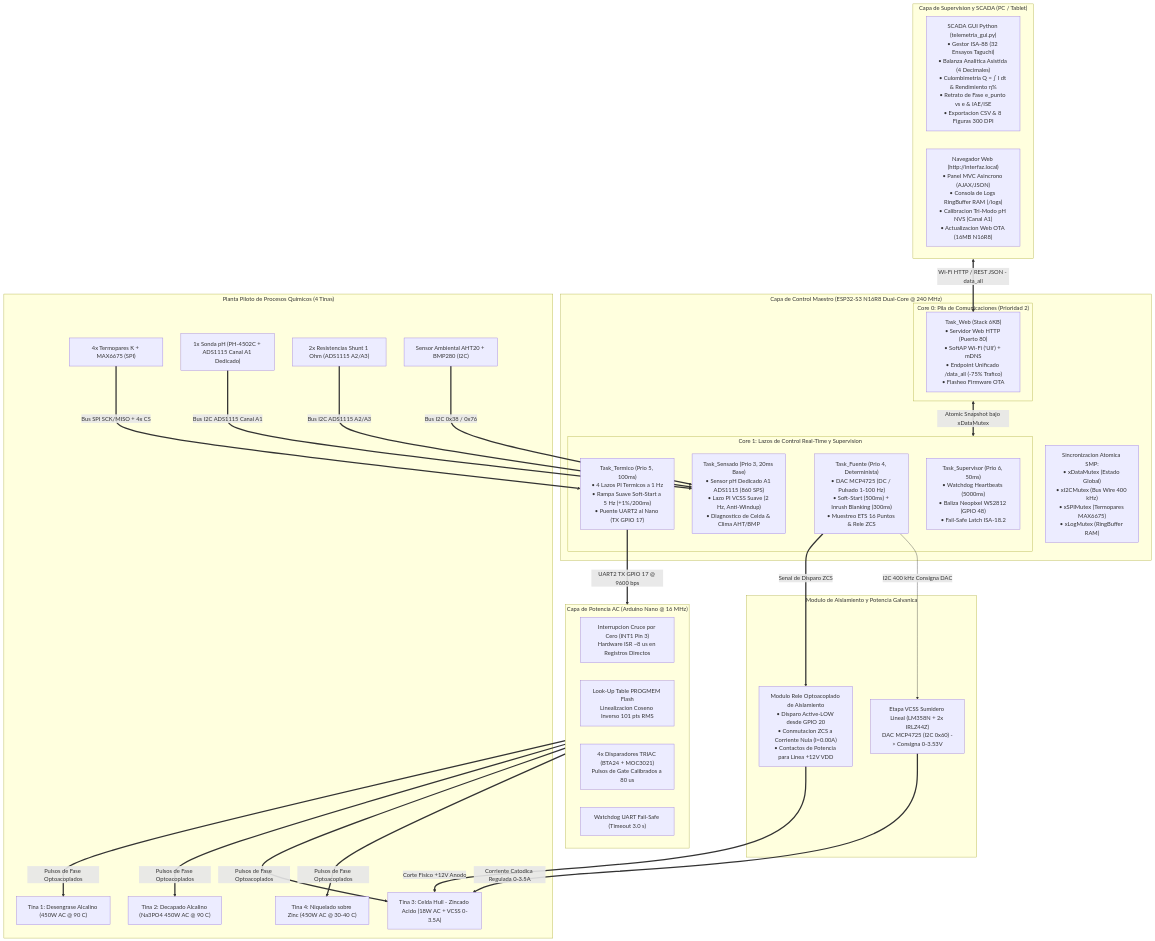
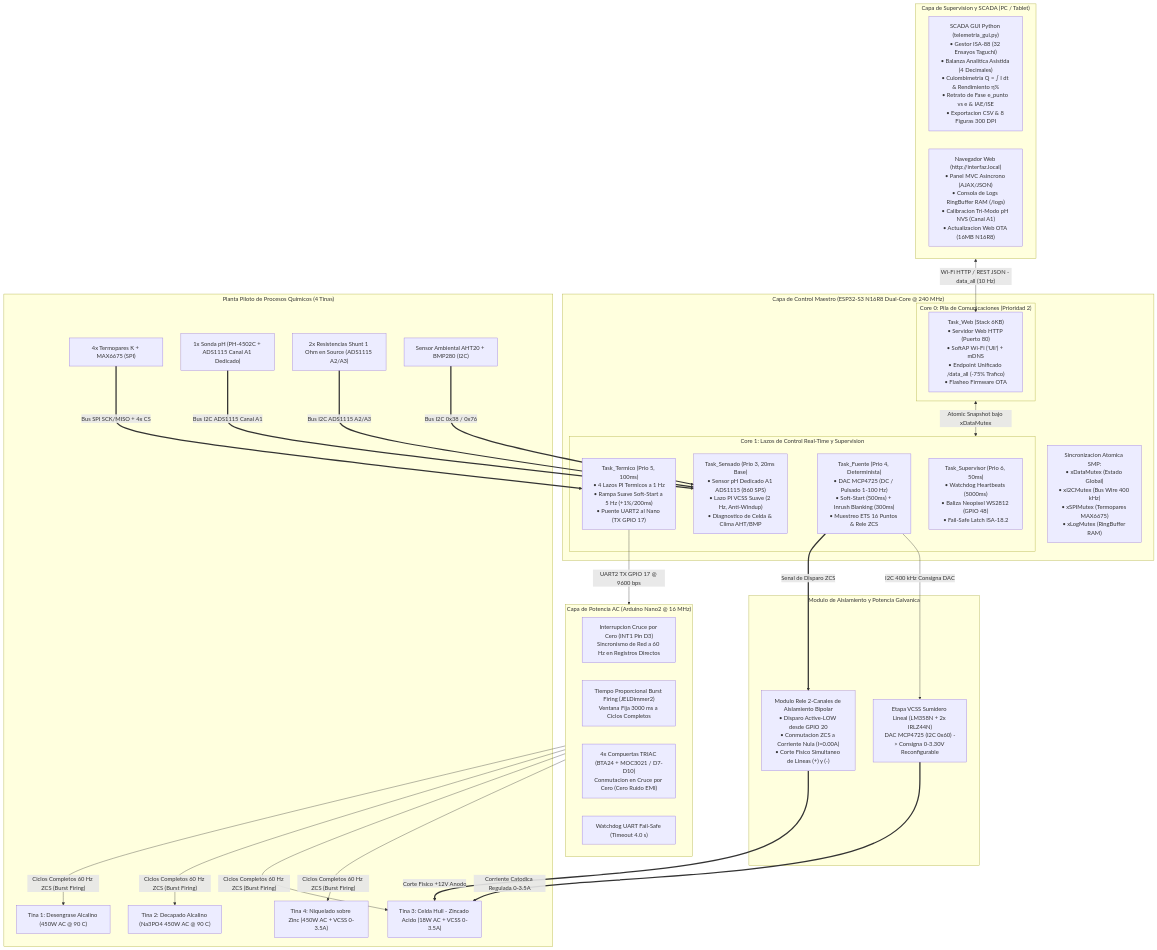
Before and after one commit to Chavacastro98/Proyecto: the diagram in visualizacion/diagramas/rtos/fuentes/01_arquitectura_general.mmd, drawn with Mermaid. The commit also changed 20 other files, not shown here.

Commit message:
feat(docs): integrar diagrama distribuido en cascada, capturas de UI en README y actualizar diagramas tecnicos RTOS 2.0

```diff
--- a/visualizacion/diagramas/rtos/fuentes/01_arquitectura_general.mmd
+++ b/visualizacion/diagramas/rtos/fuentes/01_arquitectura_general.mmd
@@ -1,56 +1,56 @@
 graph TB
     subgraph SCADA_PC["Capa de Supervision y SCADA (PC / Tablet)"]
         GUI["SCADA GUI Python (telemetria_gui.py)<br>• Gestor ISA-88 (32 Ensayos Taguchi)<br>• Balanza Analitica Asistida (4 Decimales)<br>• Culombimetria Q = ∫ I dt & Rendimiento η%<br>• Retrato de Fase e_punto vs e & IAE/ISE<br>• Exportacion CSV & 8 Figuras 300 DPI"]
         WEB["Navegador Web (http://interfaz.local)<br>• Panel MVC Asincrono (AJAX/JSON)<br>• Consola de Logs RingBuffer RAM (/logs)<br>• Calibracion Tri-Modo pH NVS (Canal A1)<br>• Actualizacion Web OTA (16MB N16R8)"]
     end
 
     subgraph ESP32_MASTER["Capa de Control Maestro (ESP32-S3 N16R8 Dual-Core @ 240 MHz)"]
         subgraph CORE0["Core 0: Pila de Comunicaciones (Prioridad 2)"]
             TASK_WEB["Task_Web (Stack 6KB)<br>• Servidor Web HTTP (Puerto 80)<br>• SoftAP Wi-Fi ('Uli') + mDNS<br>• Endpoint Unificado /data_all (-75% Trafico)<br>• Flasheo Firmware OTA"]
         end
         subgraph CORE1["Core 1: Lazos de Control Real-Time y Supervision"]
             TASK_SUP["Task_Supervisor (Prio 6, 50ms)<br>• Watchdog Heartbeats (5000ms)<br>• Baliza Neopixel WS2812 (GPIO 48)<br>• Fail-Safe Latch ISA-18.2"]
             TASK_TERM["Task_Termico (Prio 5, 100ms)<br>• 4 Lazos PI Termicos a 1 Hz<br>• Rampa Suave Soft-Start a 5 Hz (+1%/200ms)<br>• Puente UART2 al Nano (TX GPIO 17)"]
             TASK_FUE["Task_Fuente (Prio 4, Determinista)<br>• DAC MCP4725 (DC / Pulsado 1-100 Hz)<br>• Soft-Start (500ms) + Inrush Blanking (300ms)<br>• Muestreo ETS 16 Puntos & Rele ZCS"]
             TASK_SENS["Task_Sensado (Prio 3, 20ms Base)<br>• Sensor pH Dedicado A1 ADS1115 (860 SPS)<br>• Lazo PI VCSS Suave (2 Hz, Anti-Windup)<br>• Diagnostico de Celda & Clima AHT/BMP"]
         end
         MUTEXES["Sincronizacion Atomica SMP:<br>• xDataMutex (Estado Global)<br>• xI2CMutex (Bus Wire 400 kHz)<br>• xSPIMutex (Termopares MAX6675)<br>• xLogMutex (RingBuffer RAM)"]
     end
 
-    subgraph ARDUINO_SLAVE["Capa de Potencia AC (Arduino Nano @ 16 MHz)"]
-        ZC["Interrupcion Cruce por Cero (INT1 Pin 3)<br>Hardware ISR ~8 us en Registros Directos"]
-        LUT["Look-Up Table PROGMEM Flash<br>Linealizacion Coseno Inverso 101 pts RMS"]
-        GATES["4x Disparadores TRIAC (BTA24 + MOC3021)<br>Pulsos de Gate Calibrados a 80 us"]
-        WDG["Watchdog UART Fail-Safe (Timeout 3.0 s)"]
+    subgraph ARDUINO_SLAVE["Capa de Potencia AC (Arduino Nano2 @ 16 MHz)"]
+        ZC["Interrupcion Cruce por Cero (INT1 Pin D3)<br>Sincronismo de Red a 60 Hz en Registros Directos"]
+        BURST["Tiempo Proporcional Burst Firing (JELDimmer2)<br>Ventana Fija 3000 ms a Ciclos Completos"]
+        GATES["4x Compuertas TRIAC (BTA24 + MOC3021 / D7-D10)<br>Conmutacion en Cruce por Cero (Cero Ruido EMI)"]
+        WDG["Watchdog UART Fail-Safe (Timeout 4.0 s)"]
     end
 
     subgraph HARDWARE_CONMUTACION["Modulo de Aislamiento y Potencia Galvanica"]
-        RELE_2CH["Modulo Rele Optoacoplado de Aislamiento<br>• Disparo Active-LOW desde GPIO 20<br>• Conmutacion ZCS a Corriente Nula (I=0.00A)<br>• Contactos de Potencia para Linea +12V VDD"]
-        VCSS_STAGE["Etapa VCSS Sumidero Lineal (LM358N + 2x IRLZ44Z)<br>DAC MCP4725 (I2C 0x60) -> Consigna 0-3.53V"]
+        RELE_2CH["Modulo Rele 2-Canales de Aislamiento Bipolar<br>• Disparo Active-LOW desde GPIO 20<br>• Conmutacion ZCS a Corriente Nula (I=0.00A)<br>• Corte Fisico Simultaneo de Lineas (+) y (-)"]
+        VCSS_STAGE["Etapa VCSS Sumidero Lineal (LM358N + 2x IRLZ44N)<br>DAC MCP4725 (I2C 0x60) -> Consigna 0-3.30V Reconfigurable"]
     end
 
     subgraph PLANTA_FISICA["Planta Piloto de Procesos Quimicos (4 Tinas)"]
         T1["Tina 1: Desengrase Alcalino (450W AC @ 90 C)"]
         T2["Tina 2: Decapado Alcalino (Na3PO4 450W AC @ 90 C)"]
         T3["Tina 3: Celda Hull - Zincado Acido (18W AC + VCSS 0-3.5A)"]
-        T4["Tina 4: Niquelado sobre Zinc (450W AC @ 30-40 C)"]
+        T4["Tina 4: Niquelado sobre Zinc (450W AC + VCSS 0-3.5A)"]
         SENS_SPI["4x Termopares K + MAX6675 (SPI)"]
         SENS_PH["1x Sonda pH (PH-4502C + ADS1115 Canal A1 Dedicado)"]
-        SENS_SHUNTS["2x Resistencias Shunt 1 Ohm (ADS1115 A2/A3)"]
+        SENS_SHUNTS["2x Resistencias Shunt 1 Ohm en Source (ADS1115 A2/A3)"]
         SENS_AMB["Sensor Ambiental AHT20 + BMP280 (I2C)"]
     end
 
-    SCADA_PC <==>|Wi-Fi HTTP / REST JSON - data_all| TASK_WEB
-    CORE0 <==>|Atomic Snapshot bajo xDataMutex| CORE1
-    TASK_TERM ==>|UART2 TX GPIO 17 @ 9600 bps| ARDUINO_SLAVE
-    ARDUINO_SLAVE ==>|Pulsos de Fase Optoacoplados| T1 & T2 & T3 & T4
+    SCADA_PC <-->|"Wi-Fi HTTP / REST JSON - data_all (10 Hz)"| TASK_WEB
+    CORE0 <-->|"Atomic Snapshot bajo xDataMutex"| CORE1
+    TASK_TERM -->|"UART2 TX GPIO 17 @ 9600 bps"| ARDUINO_SLAVE
+    ARDUINO_SLAVE -->|"Ciclos Completos 60 Hz ZCS (Burst Firing)"| T1 & T2 & T3 & T4
     
     TASK_FUE ==>|Senal de Disparo ZCS| RELE_2CH
     RELE_2CH ==>|Corte Fisico +12V Anodo| T3
     TASK_FUE -->|I2C 400 kHz Consigna DAC| VCSS_STAGE
     VCSS_STAGE ==>|Corriente Catodica Regulada 0-3.5A| T3
 
     SENS_SPI ==>|Bus SPI SCK/MISO + 4x CS| TASK_TERM
     SENS_PH ==>|Bus I2C ADS1115 Canal A1| TASK_SENS
     SENS_SHUNTS ==>|Bus I2C ADS1115 A2/A3| TASK_SENS
     SENS_AMB ==>|Bus I2C 0x38 / 0x76| TASK_SENS
```
